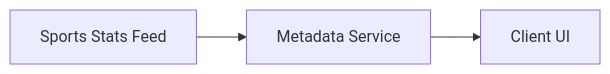
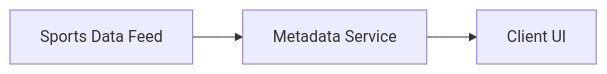
Before and after one commit to gojosatoru123-ux/CacheU: the ninth of 11 diagrams in src/content/design-a-live-streaming-service.md, drawn with Mermaid. The commit also changed other lines of this file and 17 other files, not shown here.

````diff
--- a/src/content/design-a-live-streaming-service.md
+++ b/src/content/design-a-live-streaming-service.md
@@ -934,5 +988,5 @@
 ```mermaid
 flowchart LR
-    SportsFeed[Sports Stats Feed] --> MetadataService[Metadata Service]
-    MetadataService --> AppUI[Client UI]
+    SportsFeed[Sports Data Feed] --> Metadata[Metadata Service]
+    Metadata --> UI[Client UI]
 ```
````
